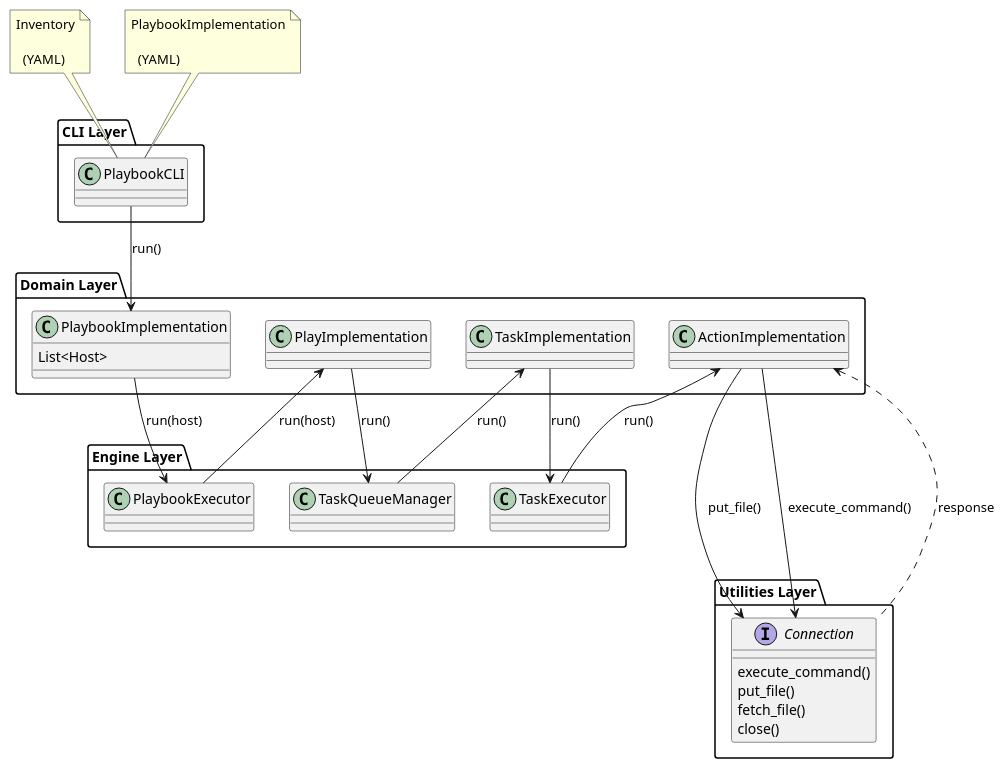
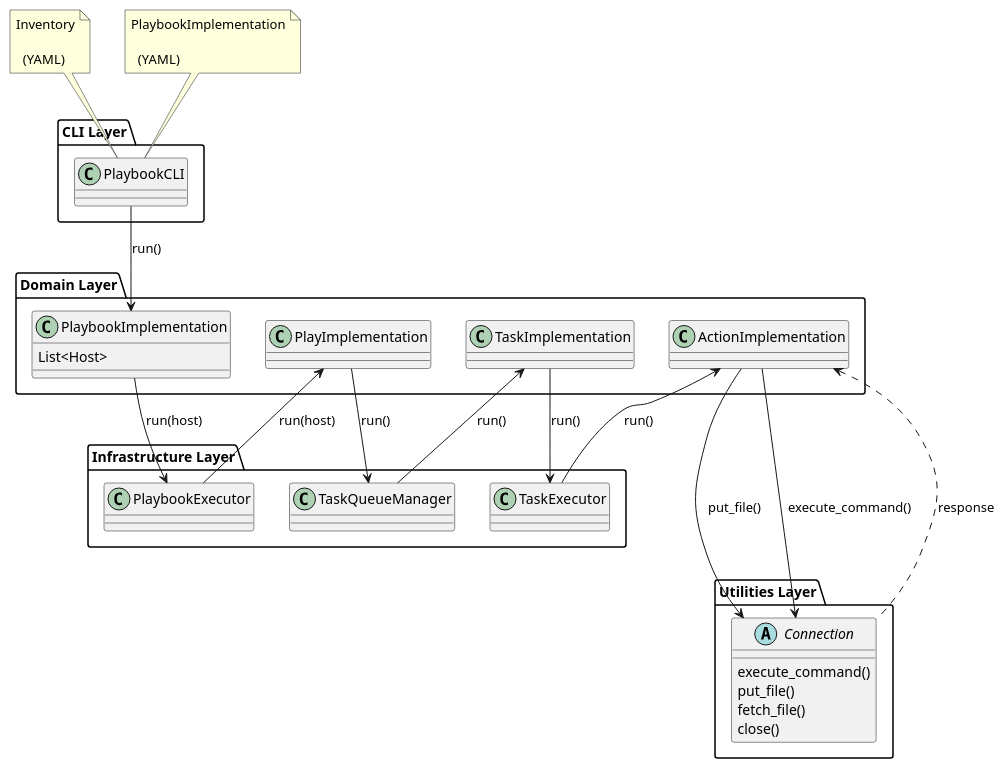
One commit to ezequiels/nazz changed the diagram in project/uml/engineFuncRevisedComplex.puml. Above: the diagram before and after it, drawn with PlantUML. The commit also changed 2 other files, not shown here.

Commit message:
Transparency and interface->abstract

```diff
--- a/project/uml/engineFuncRevisedComplex.puml
+++ b/project/uml/engineFuncRevisedComplex.puml
@@ -1,82 +1,83 @@
 @startuml
 
+skinparam backgroundcolor transparent
 
 package "Utilities Layer" {
 
-    interface Connection
+    abstract Connection
     Connection : execute_command()
     Connection : put_file()
     Connection : fetch_file()
     Connection : close()
 }
 
 Package "CLI Layer" {
     class PlaybookCLI
 }
 
 note as n1
 Inventory
 
   (YAML)
 end note
 
 n1..> PlaybookCLI
 
 note as n2
 PlaybookImplementation
 
   (YAML)
 end note
 
 n2..> PlaybookCLI
 
 
 Package "Domain Layer" {
 
     class PlaybookImplementation
     PlaybookImplementation : List<Host>
 '    PlaybookImplementation -> PlayImplementation : run(host)
     PlaybookCLI --> PlaybookImplementation : run()
 
     class PlayImplementation
 '    PlayImplementation -> TaskImplementation : run()
 
     class TaskImplementation
 '    TaskImplementation -> ActionImplementation : run()
 
     class ActionImplementation
 '    ActionImplementation : run()
     ActionImplementation ---> Connection : put_file()
     ActionImplementation --> Connection : execute_command()
     ActionImplementation <.. Connection : response
 }
 
-Package "Engine Layer" {
+Package "Infrastructure Layer" {
 
     class PlaybookExecutor
 '    PlaybookExecutor : run()
         PlaybookImplementation --> PlaybookExecutor : run(host)
         PlaybookExecutor --> PlayImplementation : run(host)
 
     class TaskQueueManager
         PlayImplementation --> TaskQueueManager : run()
         TaskQueueManager --> TaskImplementation : run()
 '        TaskQueueManager <.. TaskImplementation : result
 
 '    class ConcurrencyStrategyBase
 '    StrategyBase : run(PlayIterator, PlayContext)
 '    StrategyBase -> WorkerProcess : run()
 '    StrategyBase <. WorkerProcess : result
 
     class TaskExecutor
         TaskImplementation --> TaskExecutor : run()
         TaskExecutor --> ActionImplementation : run()
 '    TaskExecutor : host
 '    TaskExecutor -> ActionBase : run()
 '    TaskExecutor <.. ActionBase : data
 
 }
 
 
 
 @enduml
```
